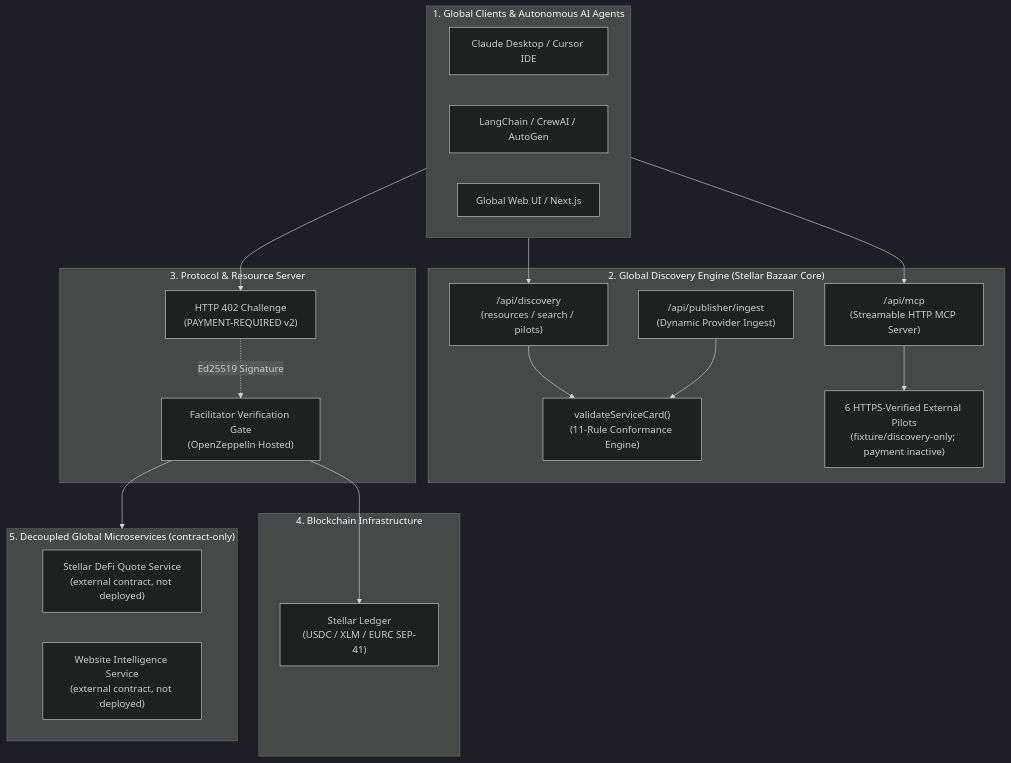
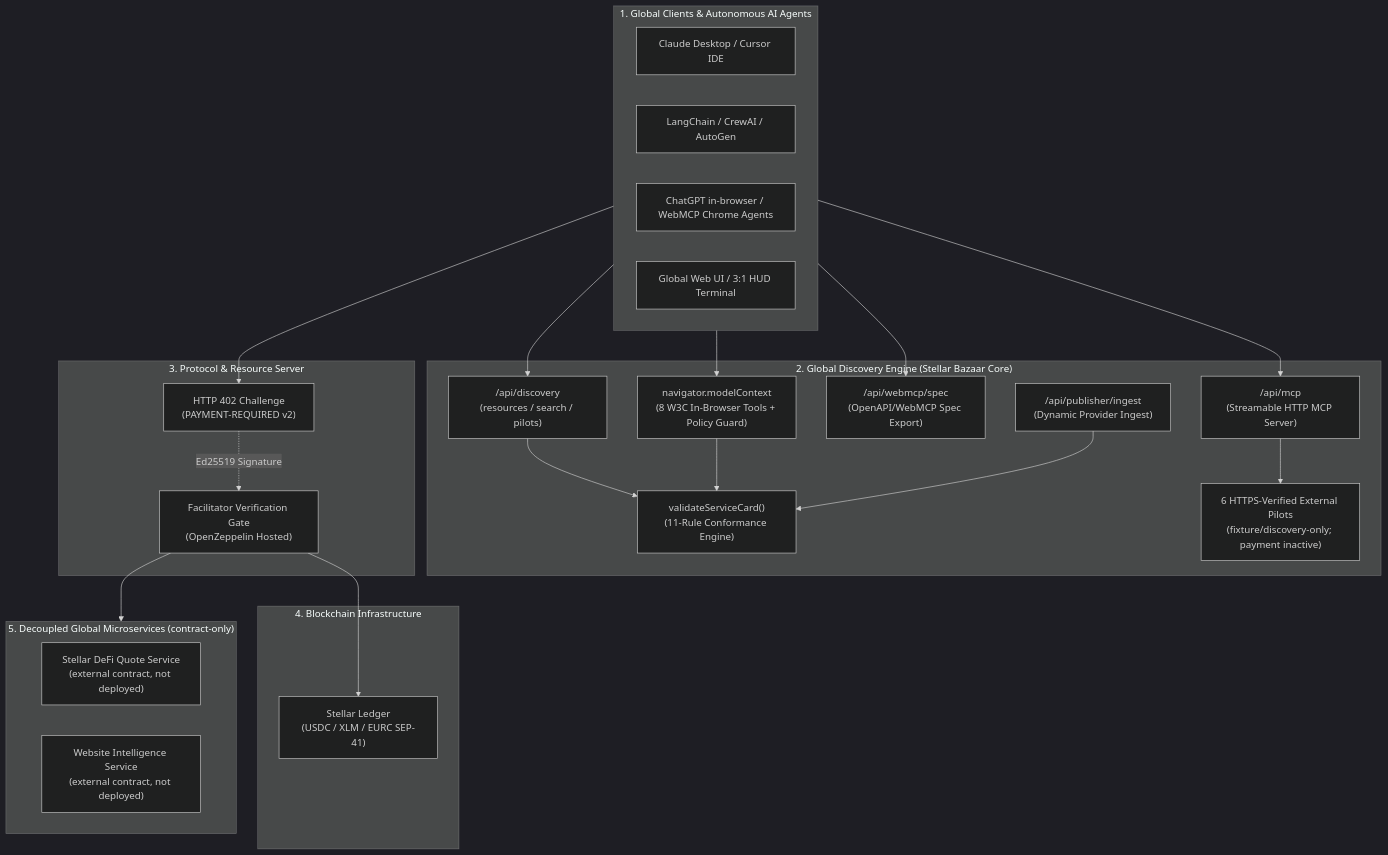
Before and after one commit to CaBsCrypto/stellar-bazaar-x402: the first of 2 diagrams in README.md, drawn with Mermaid (dark theme). The commit also changed other lines of this file, not shown here.

Commit message:
docs: update README with W3C WebMCP badges, browser agents, and spec export architecture

````diff
--- a/README.md
+++ b/README.md
@@ -55,41 +55,47 @@
 ```mermaid
 flowchart TD
     subgraph Clients["1. Global Clients & Autonomous AI Agents"]
         Claude["Claude Desktop / Cursor IDE"]
         LangChain["LangChain / CrewAI / AutoGen"]
-        WebUI["Global Web UI / Next.js"]
+        WebAgents["ChatGPT in-browser / WebMCP Chrome Agents"]
+        WebUI["Global Web UI / 3:1 HUD Terminal"]
     end
 
     subgraph Bazaar["2. Global Discovery Engine (Stellar Bazaar Core)"]
+        WebMCPLayer["navigator.modelContext<br/>(8 W3C In-Browser Tools + Policy Guard)"]
         MCPServer["/api/mcp<br/>(Streamable HTTP MCP Server)"]
+        SpecManifest["/api/webmcp/spec<br/>(OpenAPI/WebMCP Spec Export)"]
         RESTDiscovery["/api/discovery<br/>(resources / search / pilots)"]
         Validator["validateServiceCard()<br/>(11-Rule Conformance Engine)"]
         DynamicRegistry["/api/publisher/ingest<br/>(Dynamic Provider Ingest)"]
         PilotCatalog["6 HTTPS-Verified External Pilots<br/>(fixture/discovery-only; payment inactive)"]
     end
 
     subgraph x402Layer["3. Protocol & Resource Server"]
         Challenge402["HTTP 402 Challenge<br/>(PAYMENT-REQUIRED v2)"]
         FacilitatorGate["Facilitator Verification Gate<br/>(OpenZeppelin Hosted)"]
     end
 
     subgraph Settlement["4. Blockchain Infrastructure"]
         Testnet["Stellar Ledger<br/>(USDC / XLM / EURC SEP-41)"]
     end
 
     subgraph Providers["5. Decoupled Global Microservices (contract-only)"]
         DeFiService["Stellar DeFi Quote Service<br/>(external contract, not deployed)"]
         WebIntelService["Website Intelligence Service<br/>(external contract, not deployed)"]
     end
 
+    Clients --> WebMCPLayer
     Clients --> MCPServer
+    Clients --> SpecManifest
     Clients --> RESTDiscovery
     RESTDiscovery --> Validator
+    WebMCPLayer --> Validator
     MCPServer --> PilotCatalog
     DynamicRegistry --> Validator
 
     Clients --> Challenge402
     Challenge402 -. "Ed25519 Signature" .-> FacilitatorGate
     FacilitatorGate --> Testnet
     FacilitatorGate --> Providers
 ```
````
